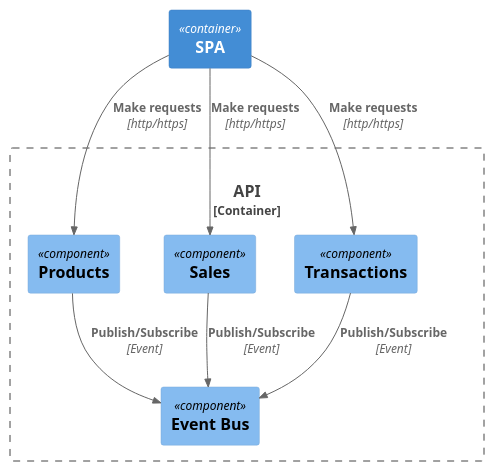
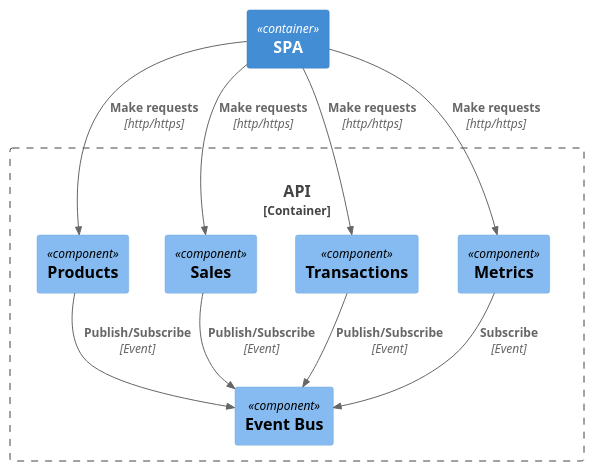
One commit to joav/simple-sales-business changed the diagram in docs/diagrams/components/api.puml. Above: the diagram before and after it, drawn with PlantUML. The commit also changed 5 other files, not shown here.

```diff
--- a/docs/diagrams/components/api.puml
+++ b/docs/diagrams/components/api.puml
@@ -2,20 +2,23 @@
 @startuml API Components
 !include <C4/C4_Component>
 
 Container_Boundary(api, "API", "NodeJs/ExpressJs") {
   Component(products, "Products")
   Component(sales, "Sales")
   Component(transactions, "Transactions")
   Component(evb, "Event Bus")
+  Component(metrics, "Metrics")
 }
 
 Container(spa, "SPA")
 
 Rel(spa, products, "Make requests", "http/https")
 Rel(spa, sales, "Make requests", "http/https")
 Rel(spa, transactions, "Make requests", "http/https")
+Rel(spa, metrics, "Make requests", "http/https")
 Rel(products, evb, "Publish/Subscribe", "Event")
 Rel(sales, evb, "Publish/Subscribe", "Event")
 Rel(transactions, evb, "Publish/Subscribe", "Event")
+Rel(metrics, evb, "Subscribe", "Event")
 
 @enduml
```
